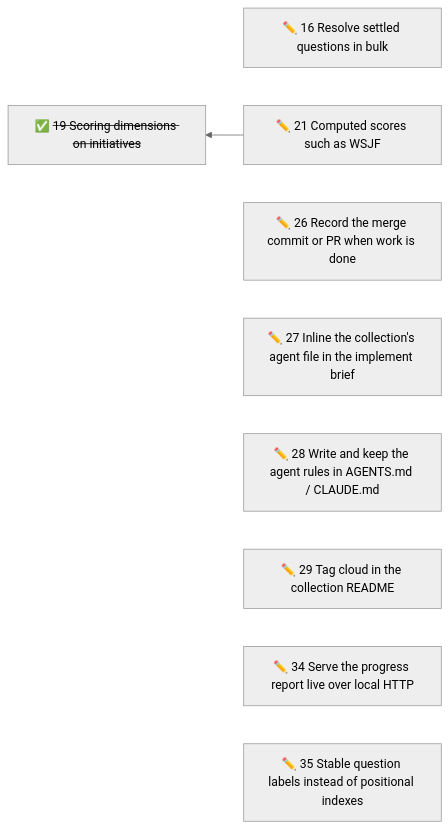
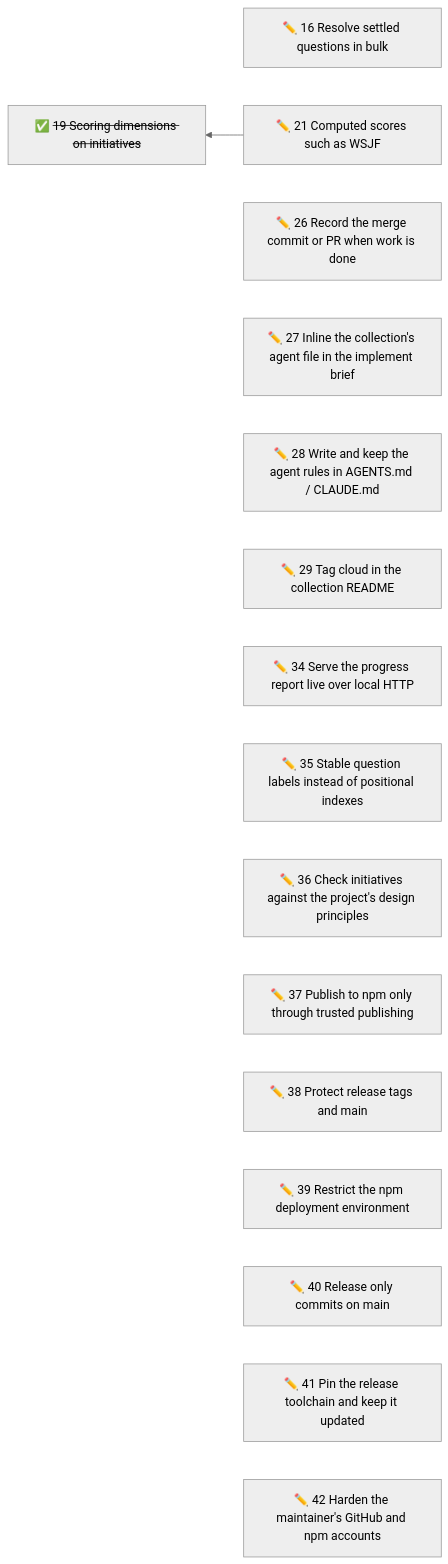
The diagram in initiatives/README.md (duckAsteroid/brindley), drawn with Mermaid (neutral theme) before and after one commit. The commit also changed other lines of this file and 7 other files, not shown here.

First line of the commit message:
docs(initiatives): add security theme for release hardening

````diff
--- a/initiatives/README.md
+++ b/initiatives/README.md
@@ -37,22 +45,36 @@
 ```mermaid
 flowchart RL
   n16["✏️ 16 Resolve settled questions in bulk"]
   n21["✏️ 21 Computed scores such as WSJF"]
   n26["✏️ 26 Record the merge commit or PR when work is done"]
   n27["✏️ 27 Inline the collection's agent file in the implement brief"]
   n28["✏️ 28 Write and keep the agent rules in AGENTS.md / CLAUDE.md"]
   n29["✏️ 29 Tag cloud in the collection README"]
   n34["✏️ 34 Serve the progress report live over local HTTP"]
   n35["✏️ 35 Stable question labels instead of positional indexes"]
+  n36["✏️ 36 Check initiatives against the project's design principles"]
+  n37["✏️ 37 Publish to npm only through trusted publishing"]
+  n38["✏️ 38 Protect release tags and main"]
+  n39["✏️ 39 Restrict the npm deployment environment"]
+  n40["✏️ 40 Release only commits on main"]
+  n41["✏️ 41 Pin the release toolchain and keep it updated"]
+  n42["✏️ 42 Harden the maintainer's GitHub and npm accounts"]
   n19["✅ <s>19 Scoring dimensions on initiatives</s>"]
   n21 --> n19
   click n16 href "16-resolve-settled-questions-in-bulk.md"
   click n21 href "21-computed-scores-such-as-wsjf.md"
   click n26 href "26-record-the-merge-commit-or-pr-when-work-is-done.md"
   click n27 href "27-inline-the-collection-s-agent-file-in-the-implement-brief.md"
   click n28 href "28-write-and-keep-the-agent-rules-in-agents-md-claude-md.md"
   click n29 href "29-tag-cloud-in-the-collection-readme.md"
   click n34 href "34-serve-the-progress-report-live-over-local-http.md"
   click n35 href "35-stable-question-labels-instead-of-positional-indexes.md"
+  click n36 href "36-check-initiatives-against-the-project-s-design-principles.md"
+  click n37 href "37-publish-to-npm-only-through-trusted-publishing.md"
+  click n38 href "38-protect-release-tags-and-main.md"
+  click n39 href "39-restrict-the-npm-deployment-environment.md"
+  click n40 href "40-release-only-commits-on-main.md"
+  click n41 href "41-pin-the-release-toolchain-and-keep-it-updated.md"
+  click n42 href "42-harden-the-maintainer-s-github-and-npm-accounts.md"
   click n19 href "done/19-rank-initiatives-by-scoring-dimensions.md"
 ```
````
